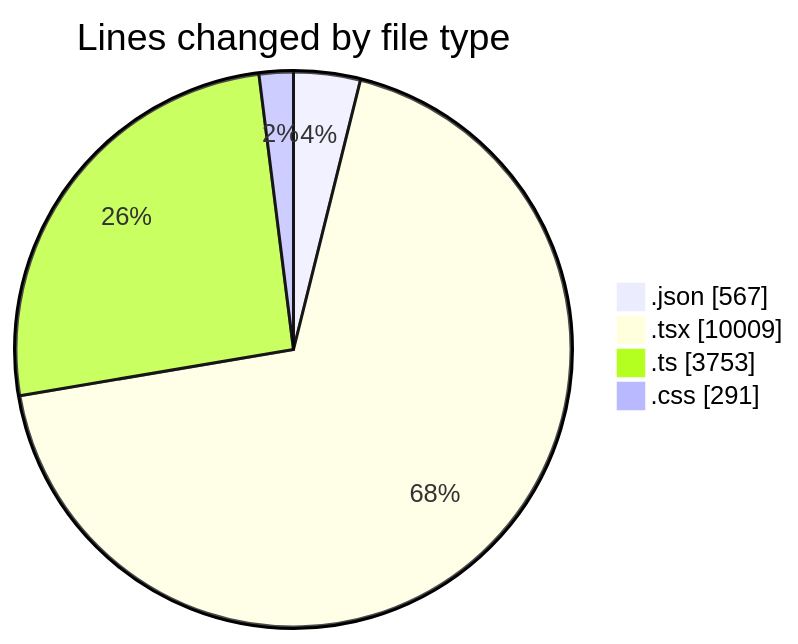
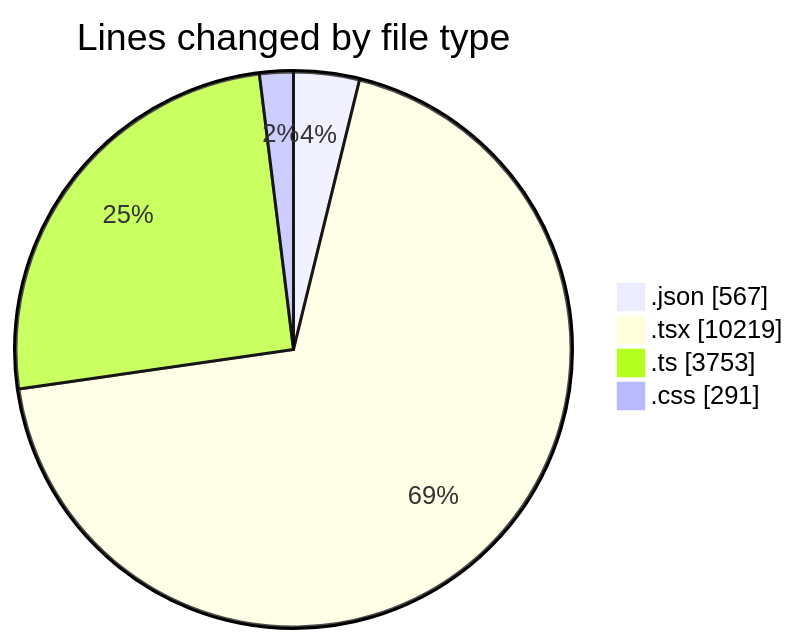
The first of 2 diagrams in 2025-10-07/eventscop-frontend-guide__workspace_/README.md (julien-gomy/code-tracking), drawn with Mermaid before and after one commit. The commit also changed other lines of this file and 1 other file, not shown here.

````diff
--- a/2025-10-07/eventscop-frontend-guide__workspace_/README.md
+++ b/2025-10-07/eventscop-frontend-guide__workspace_/README.md
@@ -91,8 +92,8 @@
 ```mermaid
 pie showData
 title Lines changed by file type
 ".json" : 567
-".tsx" : 10009
+".tsx" : 10219
 ".ts" : 3753
 ".css" : 291
 ```
````
